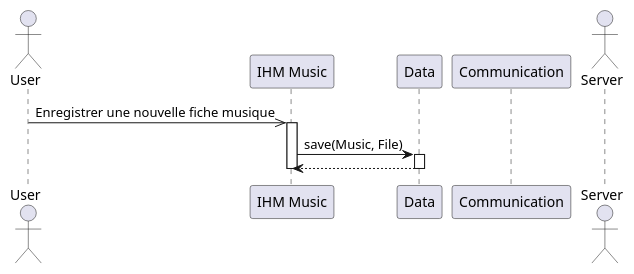
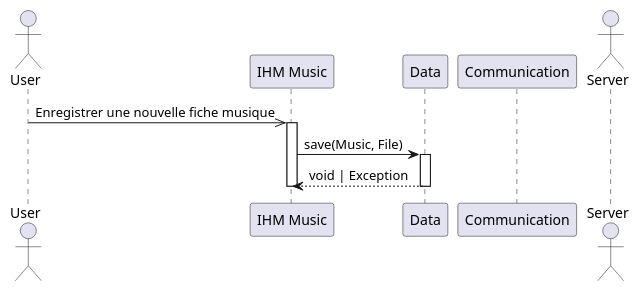
The diagram in sequence/2.1.new_music_client.puml (UTCAI12/Diagrams), drawn with PlantUML before and after one commit. The commit also changed 4 other files, not shown here.

```diff
--- a/sequence/2.1.new_music_client.puml
+++ b/sequence/2.1.new_music_client.puml
@@ -1,18 +1,18 @@
 @startuml New Local Music
 actor User
 participant "IHM Music" as IHM
 participant Data
 participant Communication
 actor Server
 
 User ->> IHM : Enregistrer une nouvelle fiche musique
 activate IHM
 
 IHM -> Data : save(Music, File)
 activate Data
 
-Data --> IHM
+Data --> IHM : void | Exception
 deactivate Data
 deactivate IHM
 
 @enduml
```
